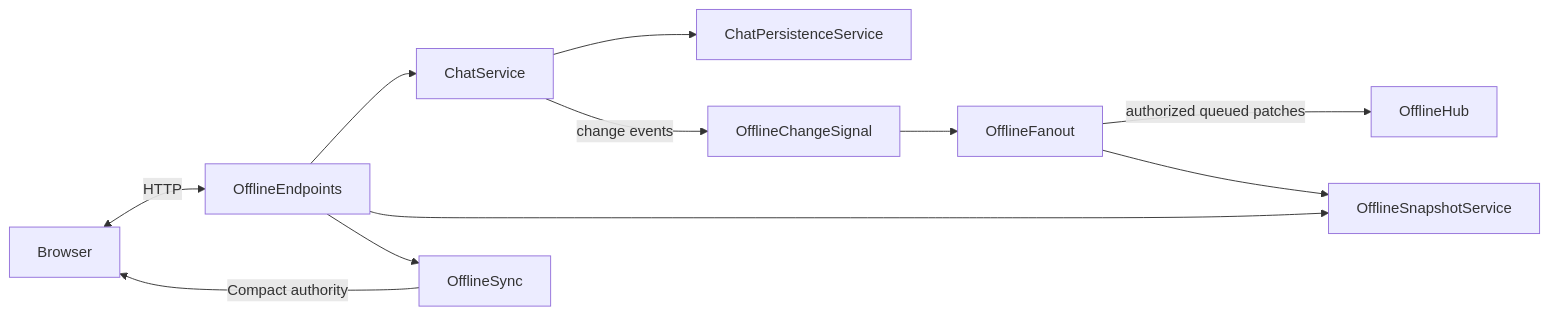
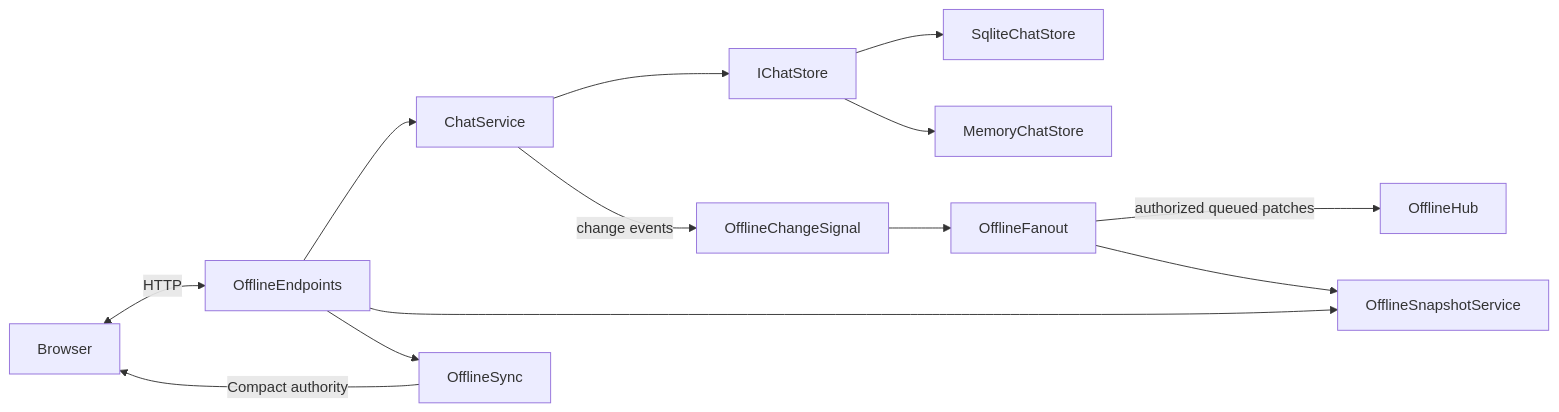
The diagram in Yap/Offline/README.md (d3mnjx/Yap), drawn with Mermaid before and after one commit. The commit also changed other lines of this file and 26 other files, not shown here.

````diff
--- a/Yap/Offline/README.md
+++ b/Yap/Offline/README.md
@@ -26,13 +26,15 @@
 ```mermaid
 flowchart LR
     Browser <-->|HTTP| Endpoints[OfflineEndpoints]
     Endpoints --> Chat[ChatService]
-    Chat --> Persistence[ChatPersistenceService]
+    Chat --> Store[IChatStore]
+    Store --> SQLite[SqliteChatStore]
+    Store --> Memory[MemoryChatStore]
     Chat -->|change events| Signal[OfflineChangeSignal]
     Signal --> Fanout[OfflineFanout]
     Fanout -->|authorized queued patches| Hub[OfflineHub]
     Endpoints --> Snapshots[OfflineSnapshotService]
     Fanout --> Snapshots
     Endpoints --> Sync[OfflineSync]
     Sync -->|Compact authority| Browser
 ```
````
